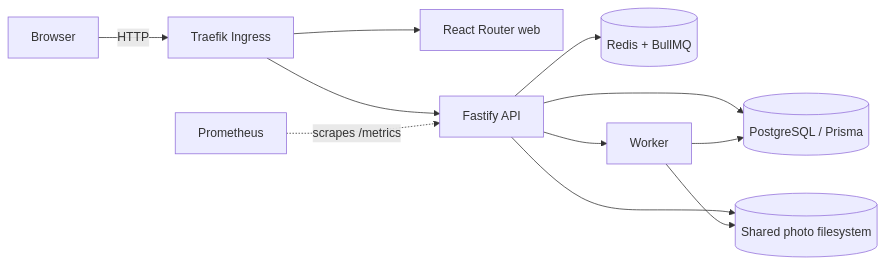
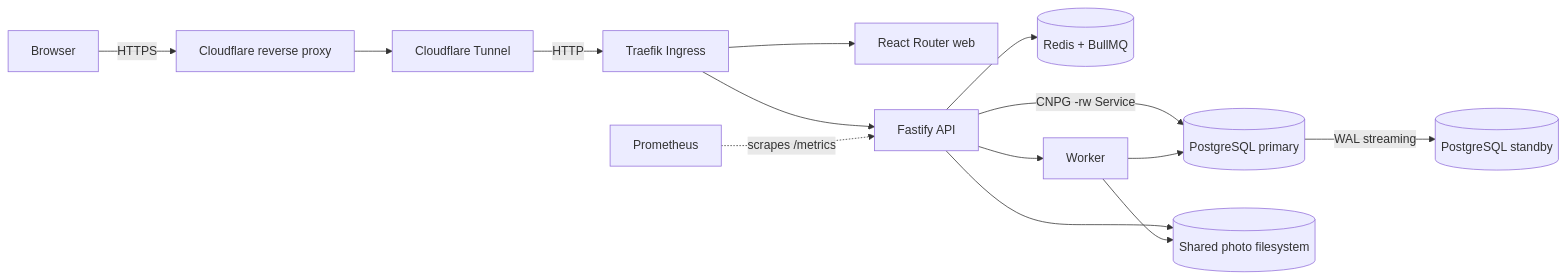
Before and after one commit to Valatras/clichy: the diagram in docs/project/overview.md, drawn with Mermaid. The commit also changed other lines of this file and 42 other files, not shown here.

First line of the commit message:
feat: Implement CloudNativePG for PostgreSQL management and monitoring

````diff
--- a/docs/project/overview.md
+++ b/docs/project/overview.md
@@ -7,13 +7,16 @@
 ```mermaid
 flowchart LR
-  Browser -->|HTTP| Ingress[Traefik Ingress]
+  Browser -->|HTTPS| Proxy[Cloudflare reverse proxy]
+  Proxy --> Tunnel[Cloudflare Tunnel]
+  Tunnel -->|HTTP| Ingress[Traefik Ingress]
   Ingress --> Web[React Router web]
   Ingress --> API[Fastify API]
-  API --> DB[(PostgreSQL / Prisma)]
+  API -->|CNPG -rw Service| DB[(PostgreSQL primary)]
+  DB -->|WAL streaming| Replica[(PostgreSQL standby)]
   API --> FS[(Shared photo filesystem)]
   API --> Redis[(Redis + BullMQ)]
   API --> Worker[Worker]
   Worker --> FS
   Worker --> DB
   Prom[Prometheus] -. scrapes /metrics .-> API
 ```
````
